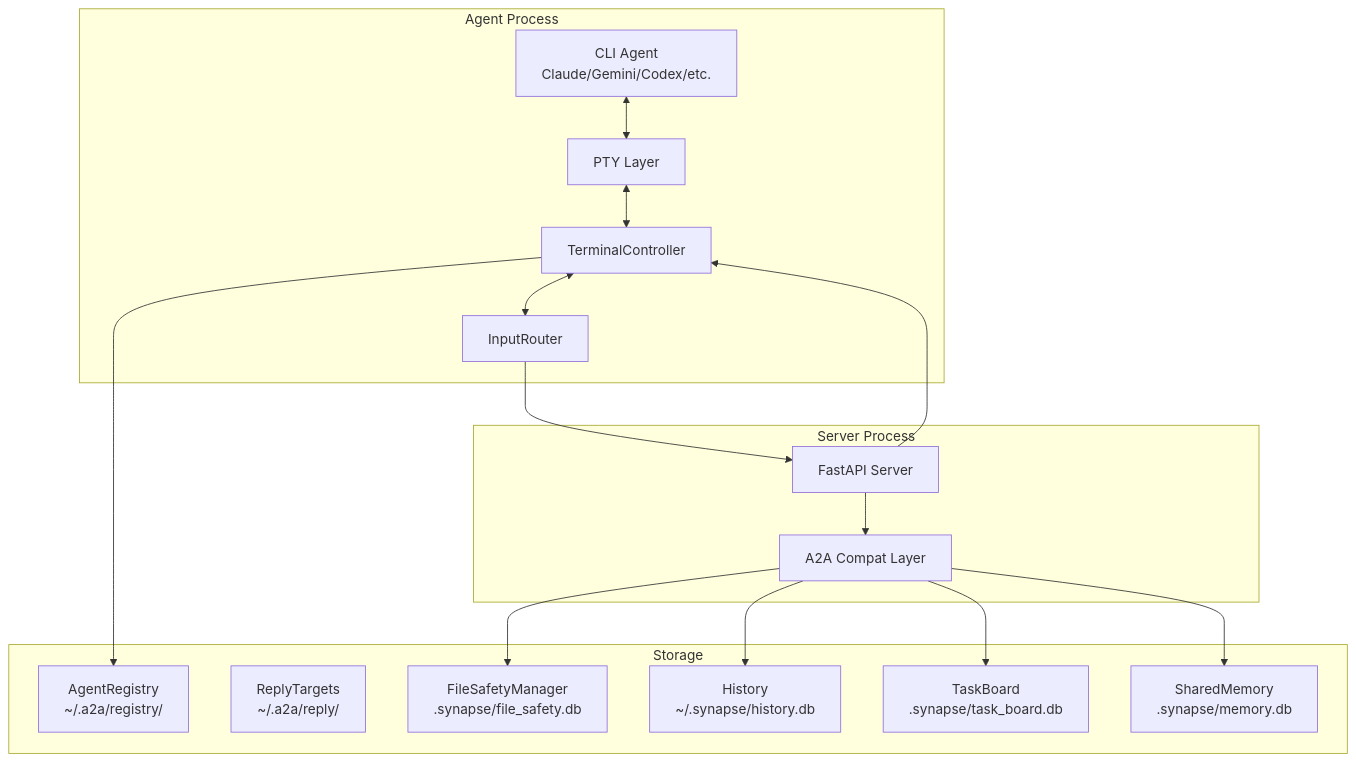
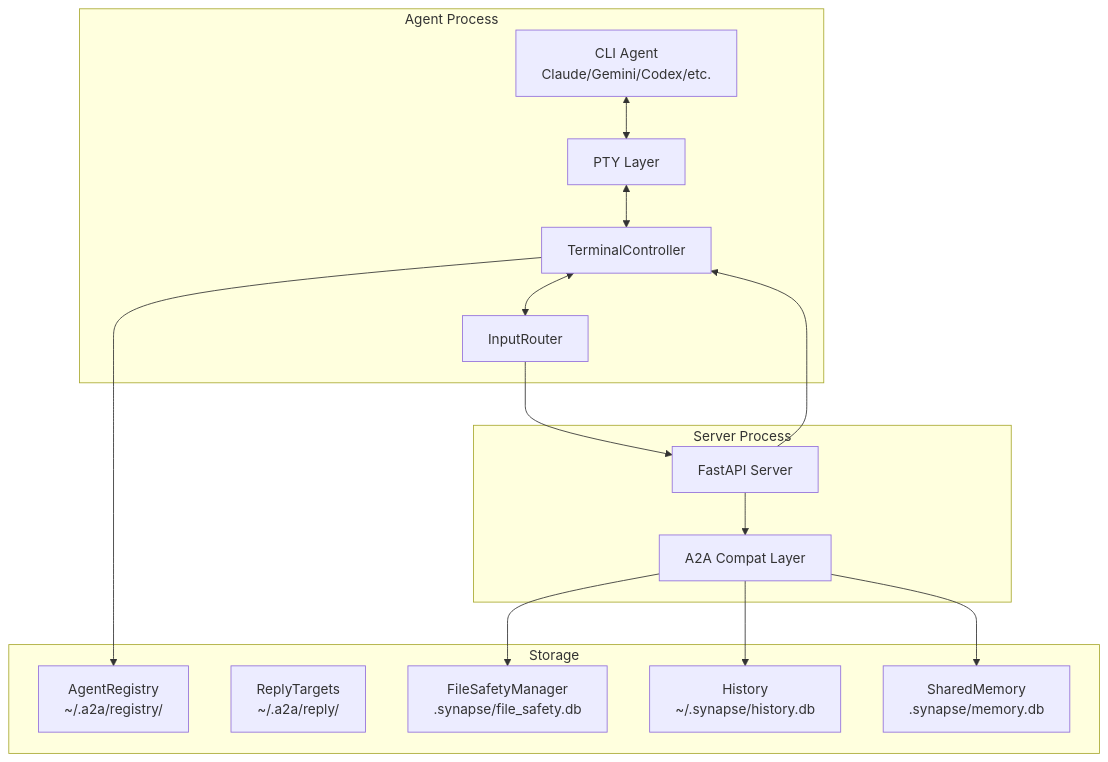
The first of 4 diagrams in site-docs/concepts/architecture.md (s-hiraoku/synapse-a2a), drawn with Mermaid before and after one commit. The commit also changed other lines of this file and 9 other files, not shown here.

First line of the commit message:
docs: remove Task Board references from documentation

````diff
--- a/site-docs/concepts/architecture.md
+++ b/site-docs/concepts/architecture.md
@@ -7,35 +7,33 @@
 ```mermaid
 graph TB
     subgraph "Agent Process"
         CLI[CLI Agent<br/>Claude/Gemini/Codex/etc.]
         PTY[PTY Layer]
         TC[TerminalController]
         IR[InputRouter]
         CLI <--> PTY
         PTY <--> TC
         TC <--> IR
     end
 
     subgraph "Server Process"
         FS[FastAPI Server]
         A2A[A2A Compat Layer]
         FS --> A2A
     end
 
     subgraph "Storage"
         REG[AgentRegistry<br/>~/.a2a/registry/]
         RPL[ReplyTargets<br/>~/.a2a/reply/]
         FSM[FileSafetyManager<br/>.synapse/file_safety.db]
         HIST[History<br/>~/.synapse/history.db]
-        TB[TaskBoard<br/>.synapse/task_board.db]
         SM[SharedMemory<br/>.synapse/memory.db]
     end
 
     IR --> FS
     FS --> TC
     TC --> REG
     A2A --> FSM
     A2A --> HIST
-    A2A --> TB
     A2A --> SM
 ```
````
